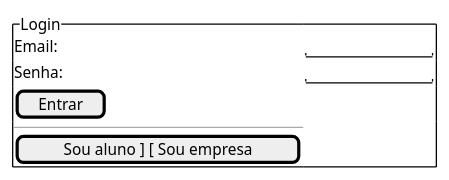
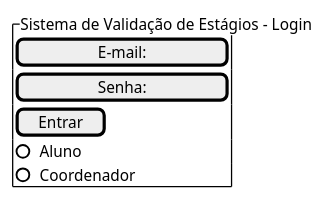
The diagram in docs/Iniciacao/prototipos/login.puml (Projetos-de-Extensao/PBE_26.1_8001_II), drawn with PlantUML before and after one commit. The commit also changed 17 other files, not shown here.

```diff
--- a/docs/Iniciacao/prototipos/login.puml
+++ b/docs/Iniciacao/prototipos/login.puml
@@ -1,11 +1,15 @@
 @startsalt
 {
-{^Login
-Email: | "            "
-Senha: | "            "
+{^"Sistema de Validação de Estágios - Login"
+
+[ E-mail:            ]
+[ Senha:             ]
+
 [ Entrar ]
---
-[ Sou aluno ] [ Sou empresa ]
+
+() Aluno
+() Coordenador
+
 }
 }
 @endsalt
```
